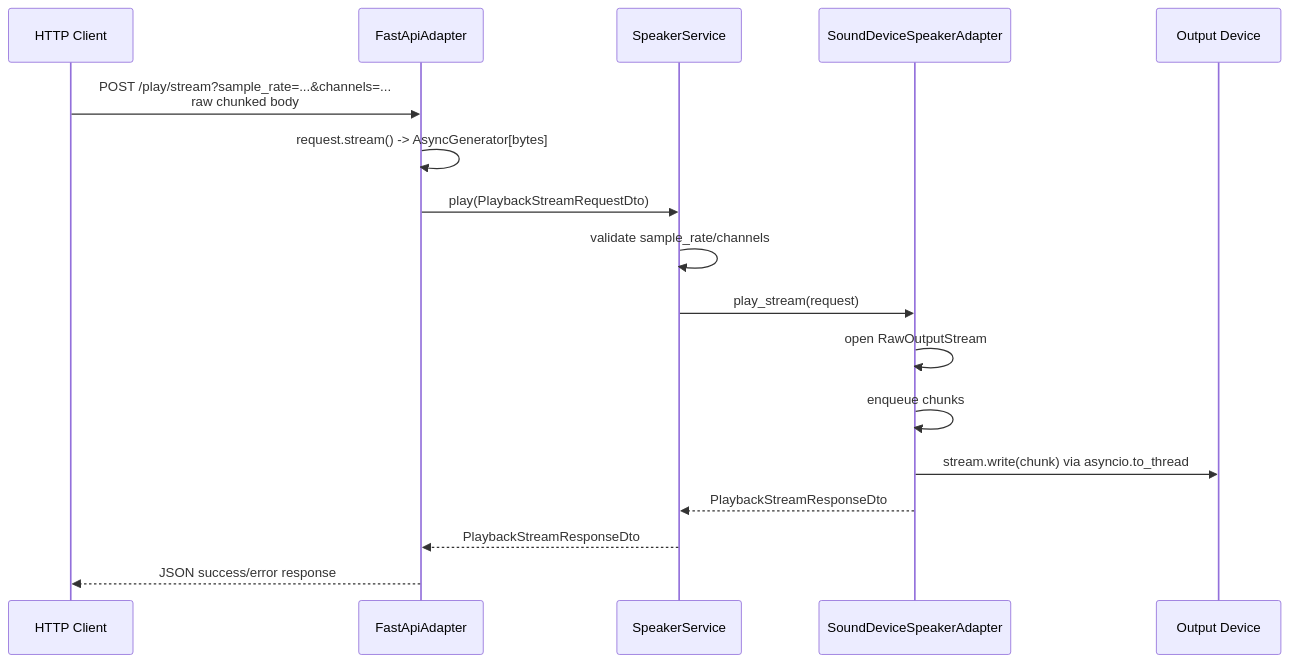
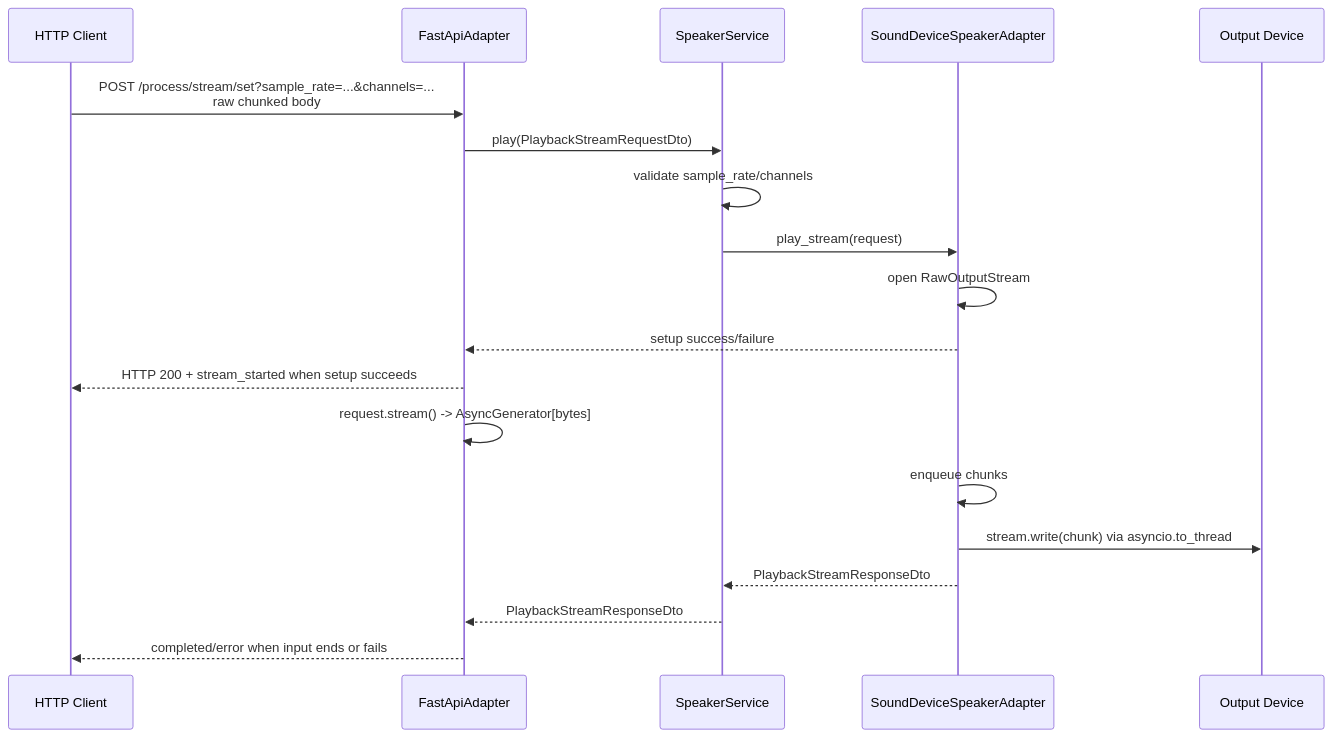
Before and after one commit to DanielCalvo-Calvicia/speaker_microservice: the third of 5 diagrams in README.md, drawn with Mermaid. The commit also changed other lines of this file and 11 other files, not shown here.

````diff
--- a/README.md
+++ b/README.md
@@ -120,20 +170,22 @@
 ```mermaid
 sequenceDiagram
     participant C as HTTP Client
     participant A as FastApiAdapter
     participant S as SpeakerService
     participant D as SoundDeviceSpeakerAdapter
     participant HW as Output Device
 
-    C->>A: POST /play/stream?sample_rate=...&channels=...<br/>raw chunked body
-    A->>A: request.stream() -> AsyncGenerator[bytes]
+    C->>A: POST /process/stream/set?sample_rate=...&channels=...<br/>raw chunked body
     A->>S: play(PlaybackStreamRequestDto)
     S->>S: validate sample_rate/channels
     S->>D: play_stream(request)
     D->>D: open RawOutputStream
+    D-->>A: setup success/failure
+    A-->>C: HTTP 200 + stream_started when setup succeeds
+    A->>A: request.stream() -> AsyncGenerator[bytes]
     D->>D: enqueue chunks
     D->>HW: stream.write(chunk) via asyncio.to_thread
     D-->>S: PlaybackStreamResponseDto
     S-->>A: PlaybackStreamResponseDto
-    A-->>C: JSON success/error response
+    A-->>C: completed/error when input ends or fails
 ```
````
